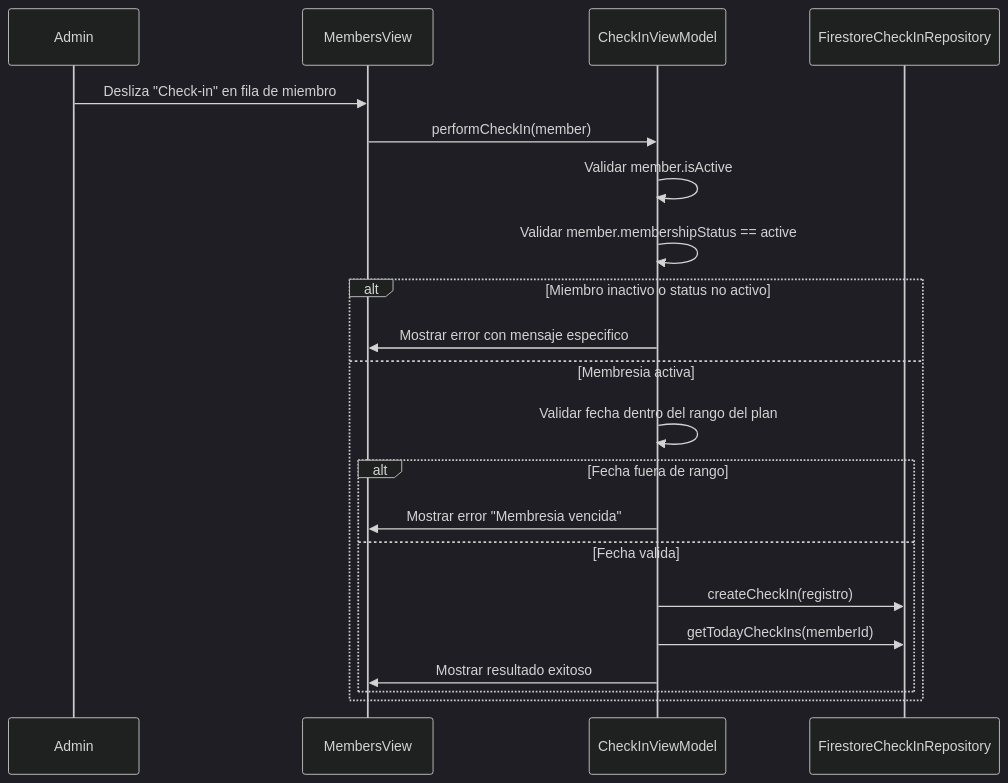
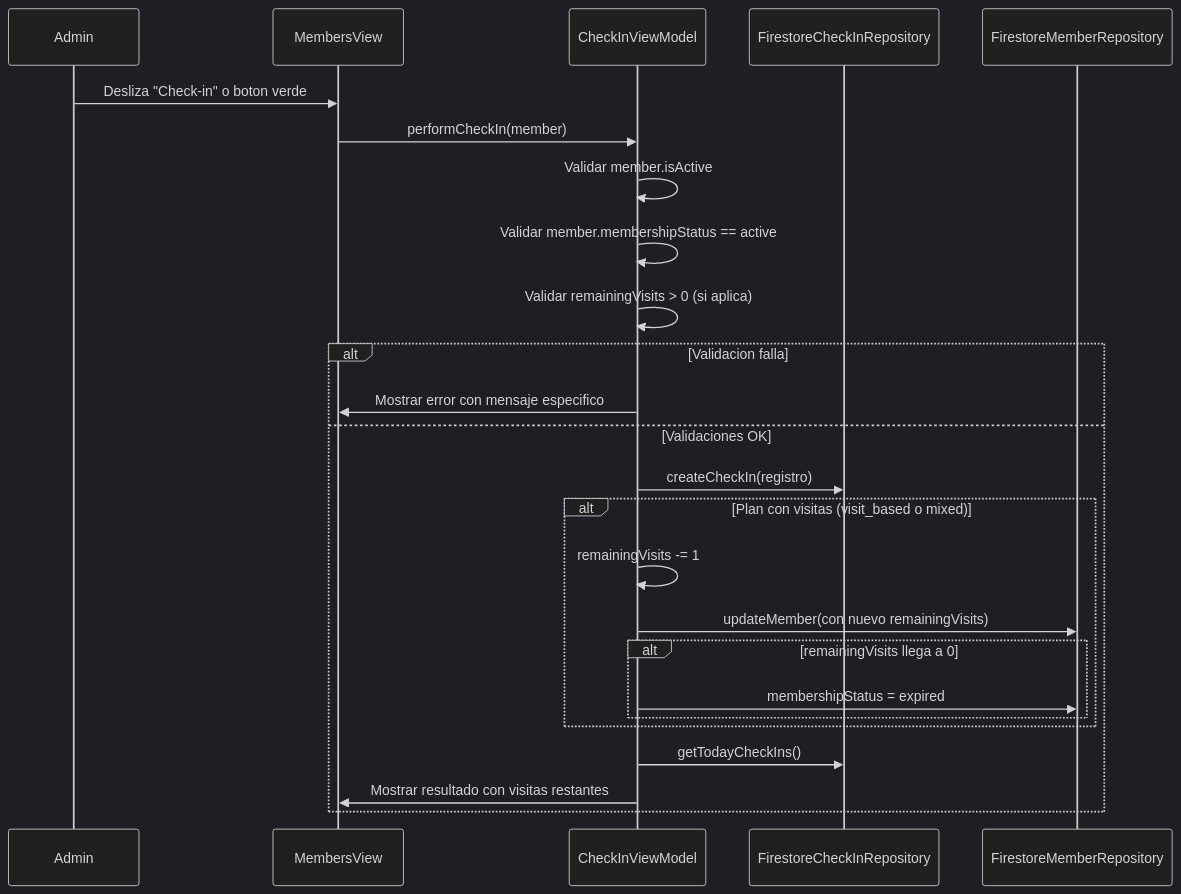
One commit to fsaldivar-dev/sajarubox-mcp changed the second of 2 diagrams in knowledge/ios-implementation/07-checkin-module.md. Above: the diagram before and after it, drawn with Mermaid (dark theme). The commit also changed other lines of this file and 2 other files, not shown here.

First line of the commit message:
docs: check-in ahora descuenta visitas para planes visit_based y mixed

````diff
--- a/knowledge/ios-implementation/07-checkin-module.md
+++ b/knowledge/ios-implementation/07-checkin-module.md
@@ -46,25 +47,29 @@
 ```mermaid
 sequenceDiagram
     participant Admin
     participant MembersView
     participant CheckInVM as CheckInViewModel
     participant CheckInRepo as FirestoreCheckInRepository
+    participant MemberRepo as FirestoreMemberRepository
 
-    Admin->>MembersView: Desliza "Check-in" en fila de miembro
+    Admin->>MembersView: Desliza "Check-in" o boton verde
     MembersView->>CheckInVM: performCheckIn(member)
     CheckInVM->>CheckInVM: Validar member.isActive
     CheckInVM->>CheckInVM: Validar member.membershipStatus == active
+    CheckInVM->>CheckInVM: Validar remainingVisits > 0 (si aplica)
 
-    alt Miembro inactivo o status no activo
+    alt Validacion falla
         CheckInVM->>MembersView: Mostrar error con mensaje especifico
-    else Membresia activa
-        CheckInVM->>CheckInVM: Validar fecha dentro del rango del plan
-        alt Fecha fuera de rango
-            CheckInVM->>MembersView: Mostrar error "Membresia vencida"
-        else Fecha valida
-            CheckInVM->>CheckInRepo: createCheckIn(registro)
-            CheckInVM->>CheckInRepo: getTodayCheckIns(memberId)
-            CheckInVM->>MembersView: Mostrar resultado exitoso
+    else Validaciones OK
+        CheckInVM->>CheckInRepo: createCheckIn(registro)
+        alt Plan con visitas (visit_based o mixed)
+            CheckInVM->>CheckInVM: remainingVisits -= 1
+            CheckInVM->>MemberRepo: updateMember(con nuevo remainingVisits)
+            alt remainingVisits llega a 0
+                CheckInVM->>MemberRepo: membershipStatus = expired
+            end
         end
+        CheckInVM->>CheckInRepo: getTodayCheckIns()
+        CheckInVM->>MembersView: Mostrar resultado con visitas restantes
     end
 ```
````
